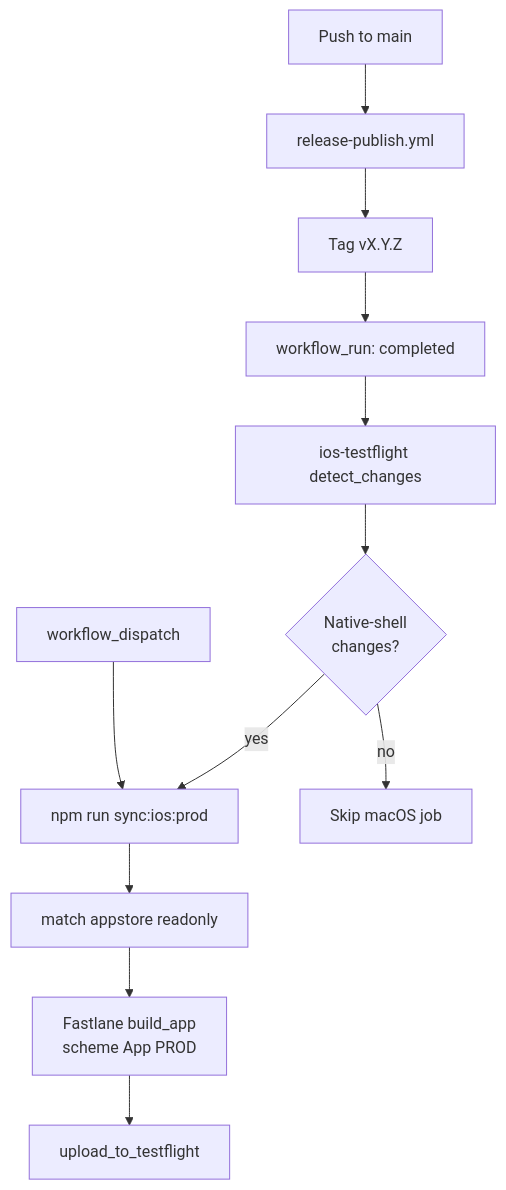
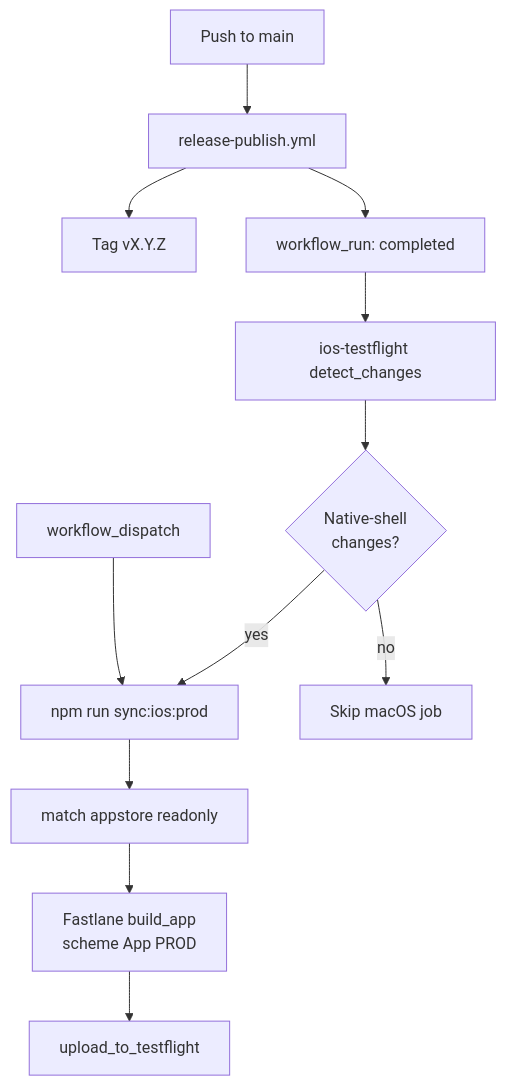
The diagram in docs/ios-testflight-ci.md (thetigeregg/game-shelf), drawn with Mermaid before and after one commit. The commit also changed other lines of this file, not shown here.

Commit message:
docs(ios): fix workflow_run trigger model and tag resolution in testflight CI doc

````diff
--- a/docs/ios-testflight-ci.md
+++ b/docs/ios-testflight-ci.md
@@ -9,14 +9,14 @@
 ```mermaid
 flowchart TD
   MainPush[Push to main] --> ReleaseWF[release-publish.yml]
   ReleaseWF --> Tag["Tag vX.Y.Z"]
-  Tag --> WFRun["workflow_run: completed"]
+  ReleaseWF --> WFRun["workflow_run: completed"]
   WFRun --> Gate[ios-testflight detect_changes]
   Gate --> Diff{Native-shell<br/>changes?}
   Diff -->|yes| NodeBuild["npm run sync:ios:prod"]
   Diff -->|no| Skip[Skip macOS job]
   NodeBuild --> MatchRO["match appstore readonly"]
   MatchRO --> FastlaneBuild["Fastlane build_app<br/>scheme App PROD"]
   FastlaneBuild --> TestFlight["upload_to_testflight"]
   Dispatch[workflow_dispatch] --> NodeBuild
 ```
````
